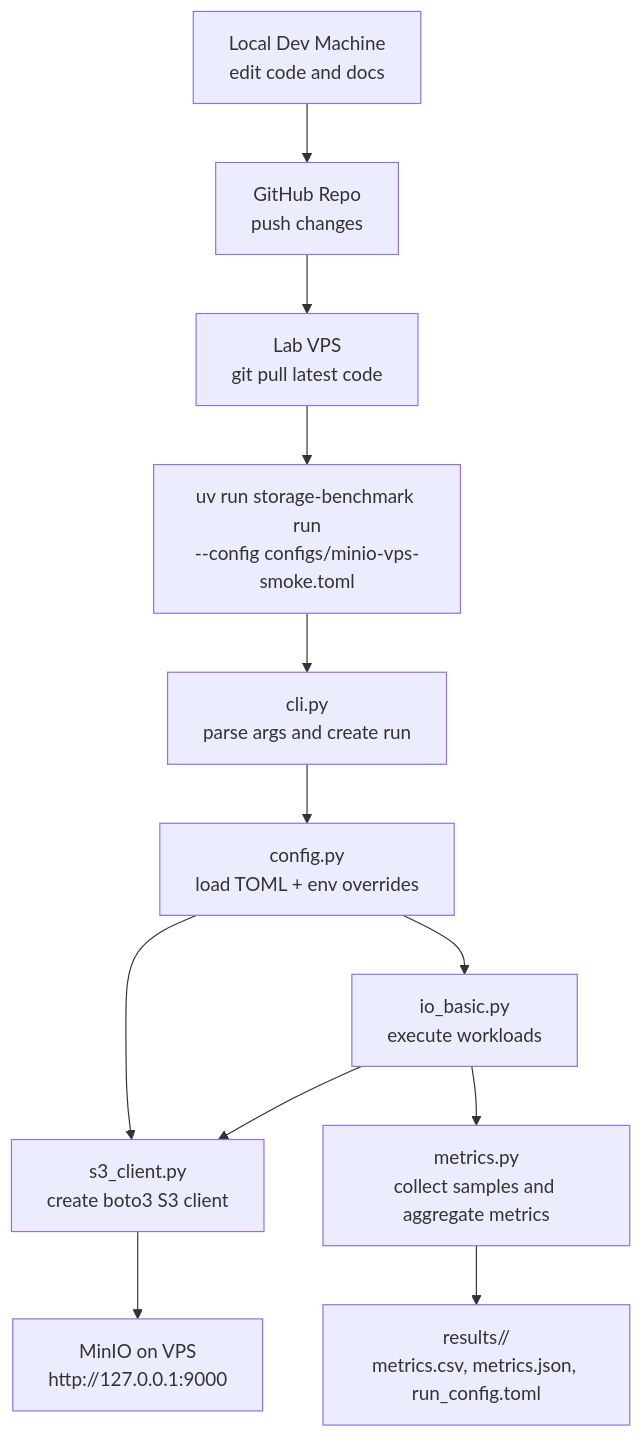
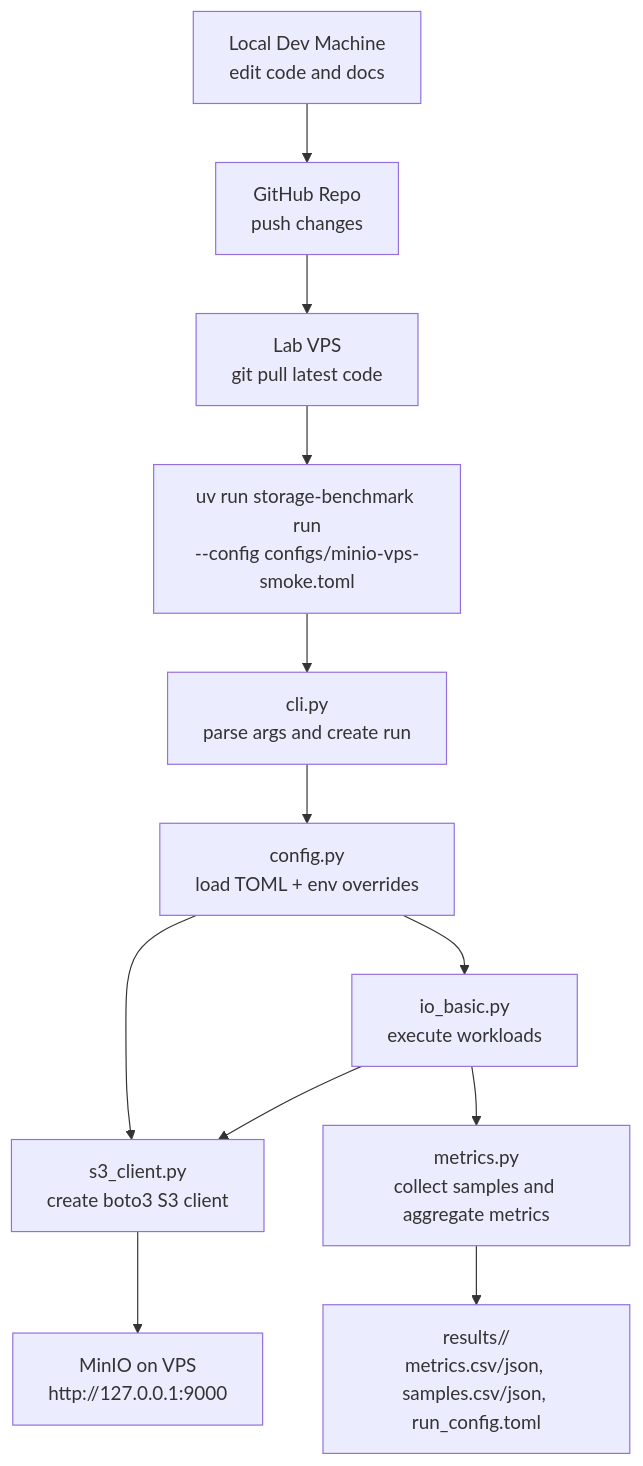
The first of 3 diagrams in README-UPDATE.md (vsszhang/decentrolized-storage-system-benchmark), drawn with Mermaid before and after one commit. The commit also changed other lines of this file and 12 other files, not shown here.

````diff
--- a/README-UPDATE.md
+++ b/README-UPDATE.md
@@ -45,14 +45,14 @@
 ```mermaid
 flowchart TD
     A["Local Dev Machine<br/>edit code and docs"] --> B["GitHub Repo<br/>push changes"]
     B --> C["Lab VPS<br/>git pull latest code"]
     C --> D["uv run storage-benchmark run<br/>--config configs/minio-vps-smoke.toml"]
     D --> E["cli.py<br/>parse args and create run"]
     E --> F["config.py<br/>load TOML + env overrides"]
     F --> G["s3_client.py<br/>create boto3 S3 client"]
     G --> H["MinIO on VPS<br/>http://127.0.0.1:9000"]
     F --> I["io_basic.py<br/>execute workloads"]
     I --> G
     I --> J["metrics.py<br/>collect samples and aggregate metrics"]
-    J --> K["results/<timestamp>/<br/>metrics.csv, metrics.json, run_config.toml"]
+    J --> K["results/<timestamp>/<br/>metrics.csv/json, samples.csv/json, run_config.toml"]
 ```
````
